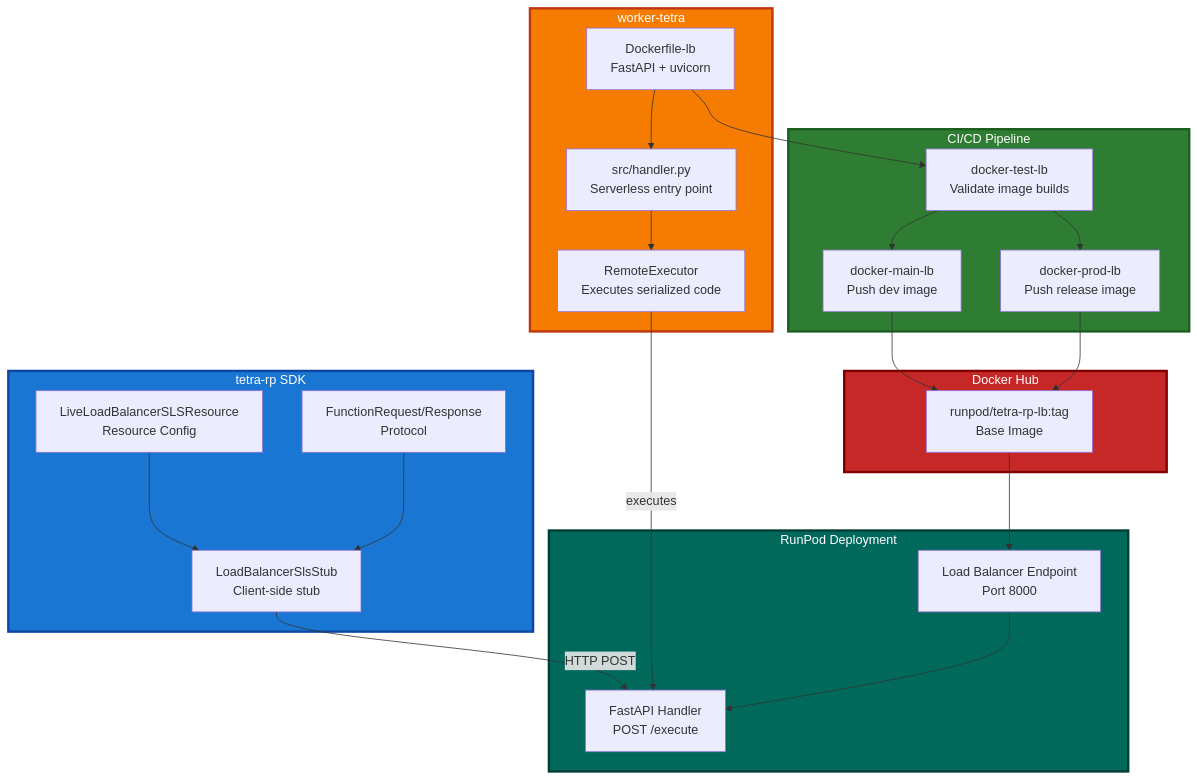
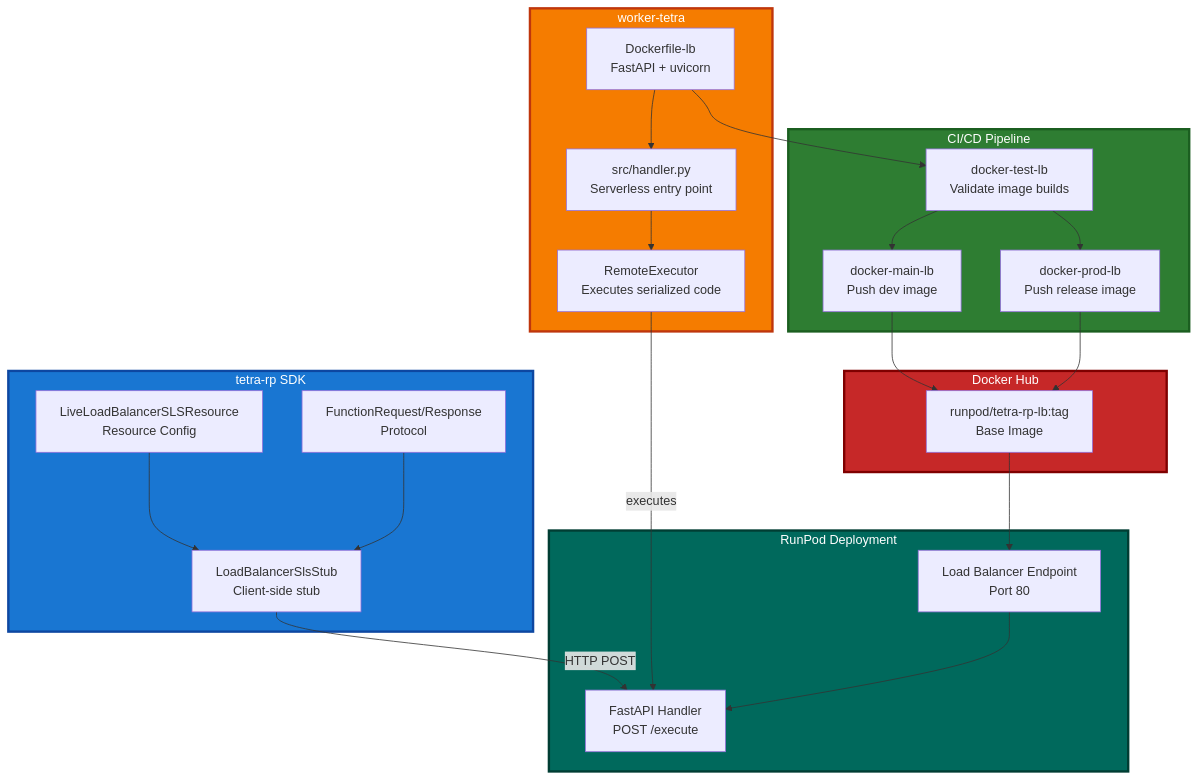
One commit to runpod-workers/worker-tetra changed the first of 2 diagrams in docs/Load_Balancer_Docker_Infrastructure.md. Above: the diagram before and after it, drawn with Mermaid.

Commit message:
fix(load-balancer): update diagram port reference from 8000 to 80

````diff
--- a/docs/Load_Balancer_Docker_Infrastructure.md
+++ b/docs/Load_Balancer_Docker_Infrastructure.md
@@ -28,49 +28,49 @@
 ```mermaid
 graph TB
     subgraph SDK["tetra-rp SDK"]
         A["LiveLoadBalancerSLSResource<br/>Resource Config"]
         B["LoadBalancerSlsStub<br/>Client-side stub"]
         C["FunctionRequest/Response<br/>Protocol"]
     end
 
     subgraph Infrastructure["worker-tetra"]
         D["Dockerfile-lb<br/>FastAPI + uvicorn"]
         E["src/handler.py<br/>Serverless entry point"]
         F["RemoteExecutor<br/>Executes serialized code"]
     end
 
     subgraph CICD["CI/CD Pipeline"]
         G["docker-test-lb<br/>Validate image builds"]
         H["docker-main-lb<br/>Push dev image"]
         I["docker-prod-lb<br/>Push release image"]
     end
 
     subgraph Registry["Docker Hub"]
         J["runpod/tetra-rp-lb:tag<br/>Base Image"]
     end
 
     subgraph Runtime["RunPod Deployment"]
-        K["Load Balancer Endpoint<br/>Port 8000"]
+        K["Load Balancer Endpoint<br/>Port 80"]
         L["FastAPI Handler<br/>POST /execute"]
     end
 
     A --> B
     C --> B
     B -->|HTTP POST| L
     D --> E
     E --> F
     F -->|executes| L
     D --> G
     G --> H
     G --> I
     H --> J
     I --> J
     J --> K
     K --> L
 
     style SDK fill:#1976d2,stroke:#0d47a1,stroke-width:3px,color:#fff
     style Infrastructure fill:#F57C00,stroke:#BF360C,stroke-width:3px,color:#fff
     style CICD fill:#2E7D32,stroke:#1B5E20,stroke-width:3px,color:#fff
     style Registry fill:#C62828,stroke:#7F0000,stroke-width:3px,color:#fff
     style Runtime fill:#00695C,stroke:#003D33,stroke-width:3px,color:#fff
 ```
````
